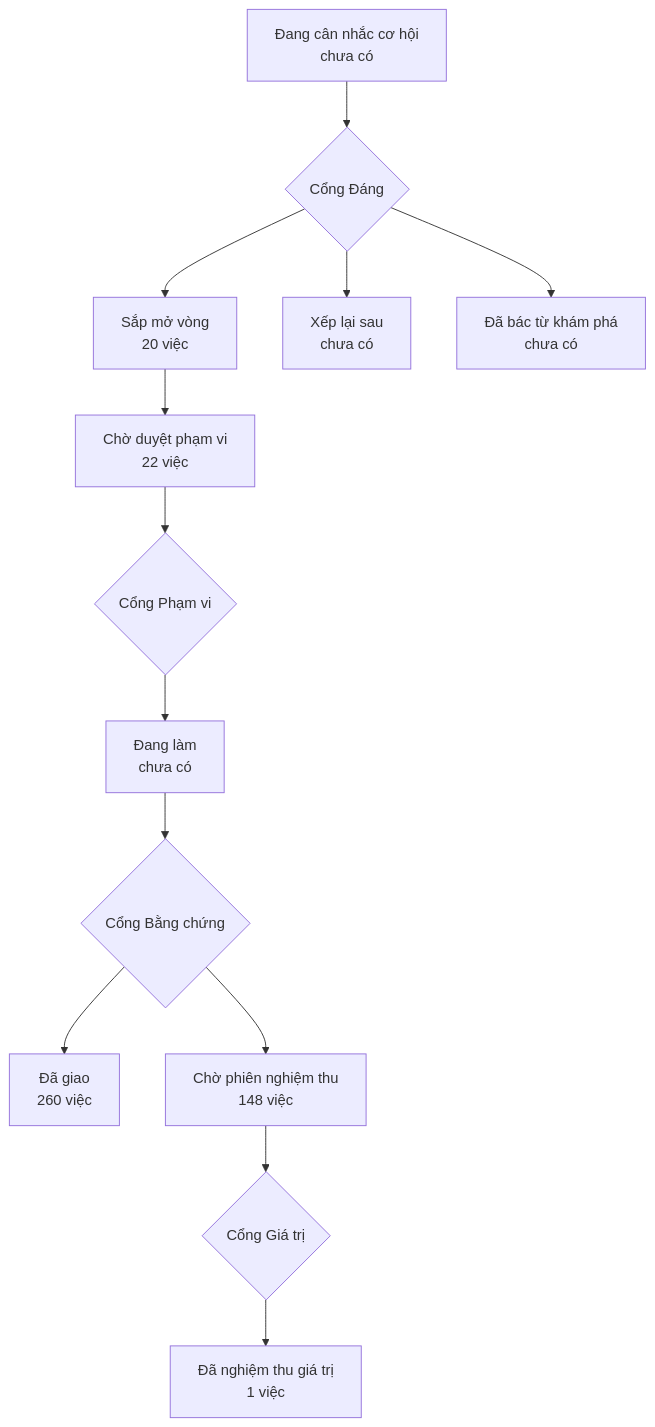
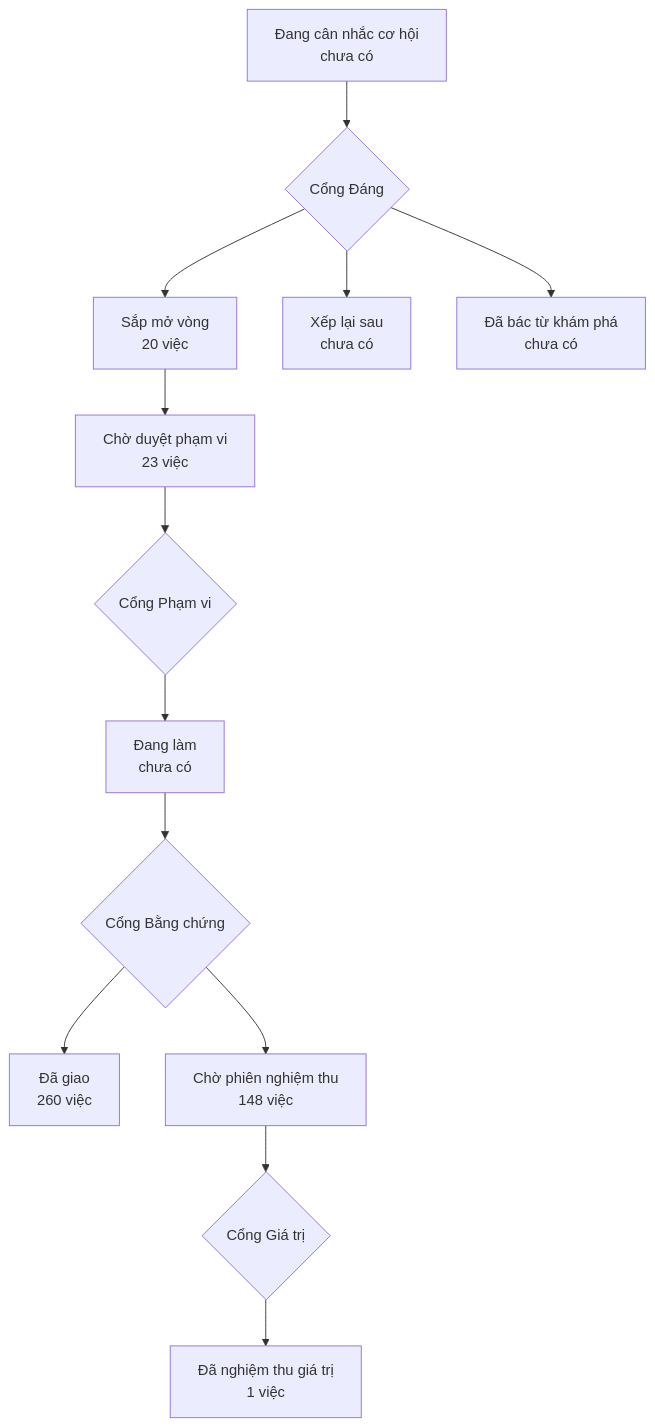
The diagram in PRODUCT-MAP.md (phanlemanh/onehub-invest), drawn with Mermaid before and after one commit. The commit also changed other lines of this file and 9 other files, not shown here.

Commit message:
docs(acceptance): PB10 S1 — hợp đồng, evals, design, gap-probe; Hỏi-1 mã đóng chờ Cổng Phạm vi (data-api-nguon-an-dong-khi-so-rong)

````diff
--- a/PRODUCT-MAP.md
+++ b/PRODUCT-MAP.md
@@ -7,12 +7,12 @@
 ```mermaid
 flowchart TD
   A["Đang cân nhắc cơ hội<br/>chưa có"] --> GD{"Cổng Đáng"}
   GD --> B["Sắp mở vòng<br/>20 việc"]
   GD --> XL["Xếp lại sau<br/>chưa có"]
   GD --> DB["Đã bác từ khám phá<br/>chưa có"]
-  B --> CD["Chờ duyệt phạm vi<br/>22 việc"] --> GP{"Cổng Phạm vi"}
+  B --> CD["Chờ duyệt phạm vi<br/>23 việc"] --> GP{"Cổng Phạm vi"}
   GP --> DL["Đang làm<br/>chưa có"] --> GB{"Cổng Bằng chứng"}
   GB --> DG["Đã giao<br/>260 việc"]
   GB --> CN["Chờ phiên nghiệm thu<br/>148 việc"] --> GG{"Cổng Giá trị"}
   GG --> NT["Đã nghiệm thu giá trị<br/>1 việc"]
 ```
````
